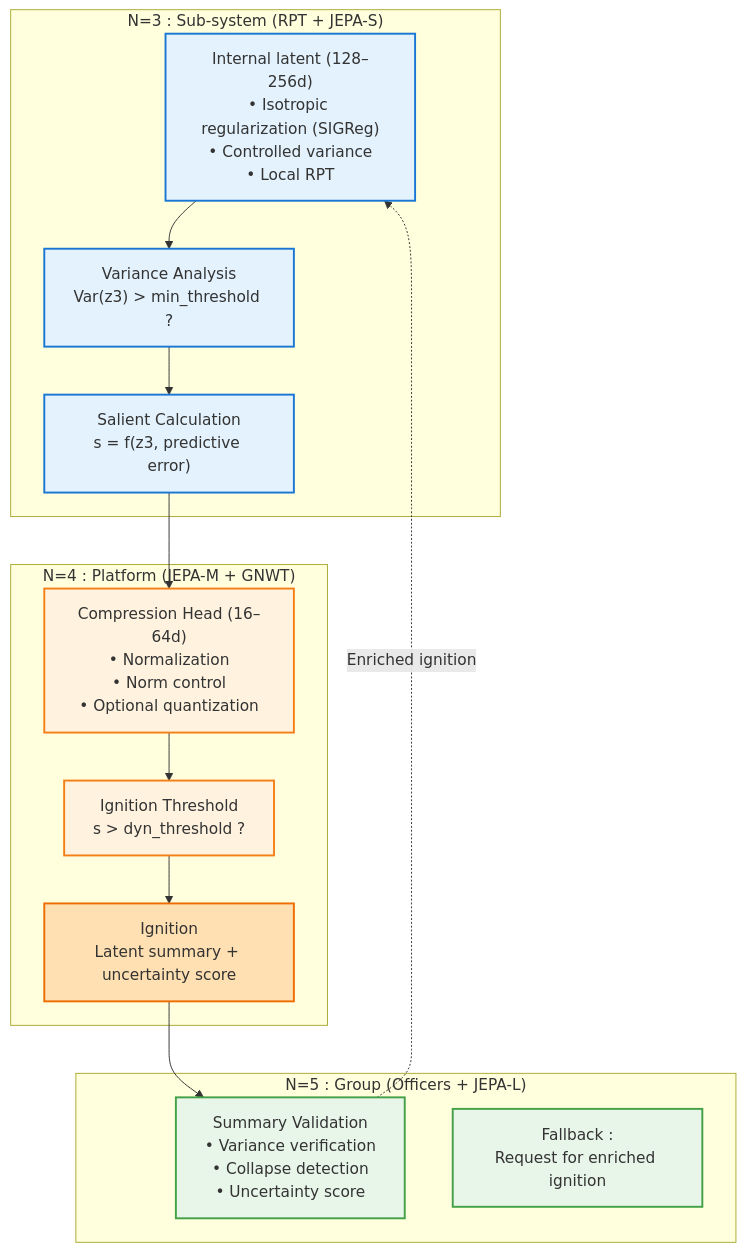
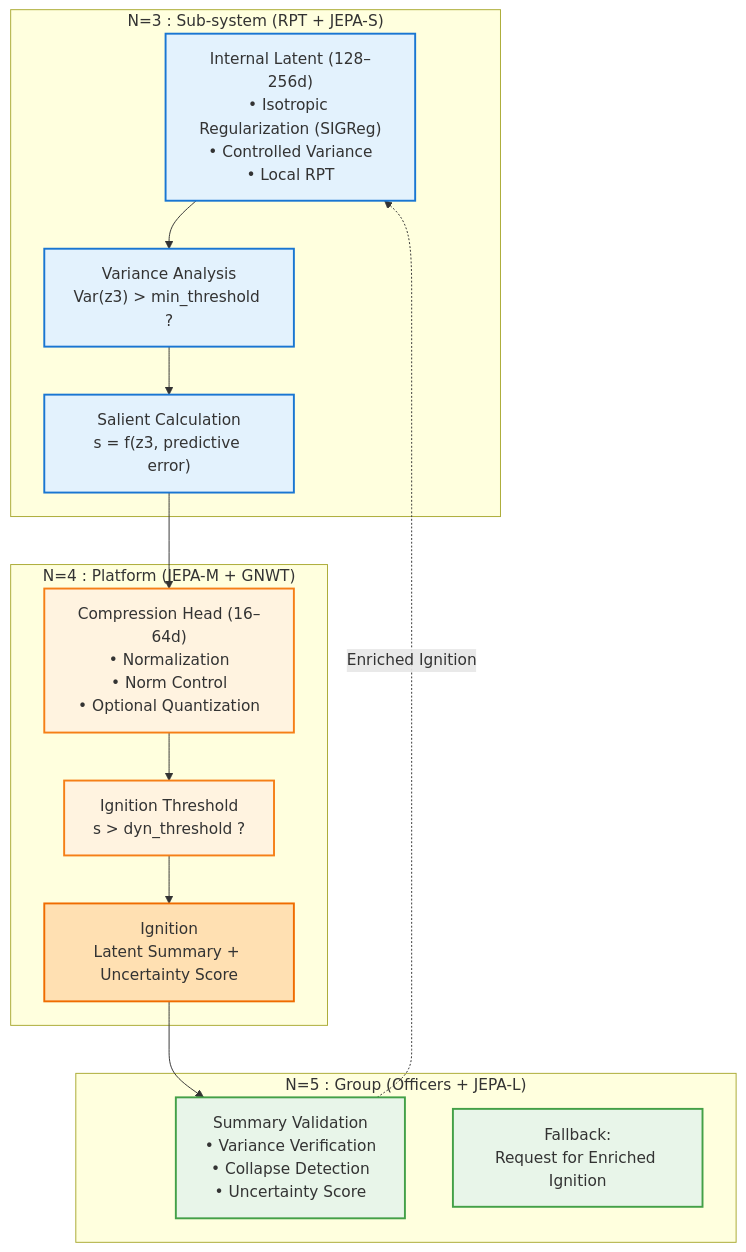
The sixth of 6 diagrams in architecture/architecture.md (AlainCo/GNWT-Garrigue-X-en), drawn with Mermaid before and after one commit. The commit also changed other lines of this file and 24 other files, not shown here.

````diff
--- a/architecture/architecture.md
+++ b/architecture/architecture.md
@@ -201,38 +201,38 @@
 ```mermaid
 flowchart TD
 
     %% --- N3 : Latent interne ---
     subgraph N3 ["N=3 : Sub-system (RPT + JEPA-S)"]
-        L3["Internal latent (128–256d)\n• Isotropic regularization (SIGReg)\n• Controlled variance\n• Local RPT"]
-        V3["Variance Analysis\nVar(z3) > min_threshold ?"]
-        S3["Salient Calculation\ns = f(z3, predictive error)"]
+        L3["Internal Latent (128–256d)<br>• Isotropic Regularization (SIGReg)<br>• Controlled Variance<br>• Local RPT"]
+        V3["Variance Analysis<br>Var(z3) > min_threshold ?"]
+        S3["Salient Calculation<br>s = f(z3, predictive error)"]
     end
 
     %% --- N4 : Compression + Seuil d'Ignition ---
     subgraph N4 ["N=4 : Platform (JEPA-M + GNWT)"]
-        T4["Compression Head (16–64d)\n• Normalization\n• Norm control\n• Optional quantization"]
-        Th4["Ignition Threshold\ns > dyn_threshold ?"]
-        I4["Ignition\nLatent summary + uncertainty score"]
+        T4["Compression Head (16–64d)<br>• Normalization<br>• Norm Control<br>• Optional Quantization"]
+        Th4["Ignition Threshold<br>s > dyn_threshold ?"]
+        I4["Ignition<br>Latent Summary + Uncertainty Score"]
     end
 
     %% --- N5 : Validation + Fallback ---
     subgraph N5 ["N=5 : Group (Officers + JEPA-L)"]
-        V5["Summary Validation\n• Variance verification\n• Collapse detection\n• Uncertainty score"]
-        F5["Fallback :\nRequest for enriched ignition"]
+        V5["Summary Validation<br>• Variance Verification<br>• Collapse Detection<br>• Uncertainty Score"]
+        F5["Fallback:<br>Request for Enriched Ignition"]
     end
 
     %% --- Flux ---
     L3 --> V3 --> S3 --> T4 --> Th4 --> I4 --> V5
-    V5 -.->|"Enriched ignition"| L3
+    V5 -.->|"Enriched Ignition"| L3
 
     %% --- Styles ---
     classDef latent fill:#e3f2fd,stroke:#1976d2,stroke-width:2px
     classDef comp fill:#fff3e0,stroke:#f57f17,stroke-width:2px
     classDef ign fill:#ffe0b2,stroke:#ef6c00,stroke-width:2px
     classDef val fill:#e8f5e9,stroke:#43a047,stroke-width:2px
 
     class L3,V3,S3 latent
     class T4,Th4 comp
     class I4 ign
     class V5,F5 val
 ```
````
